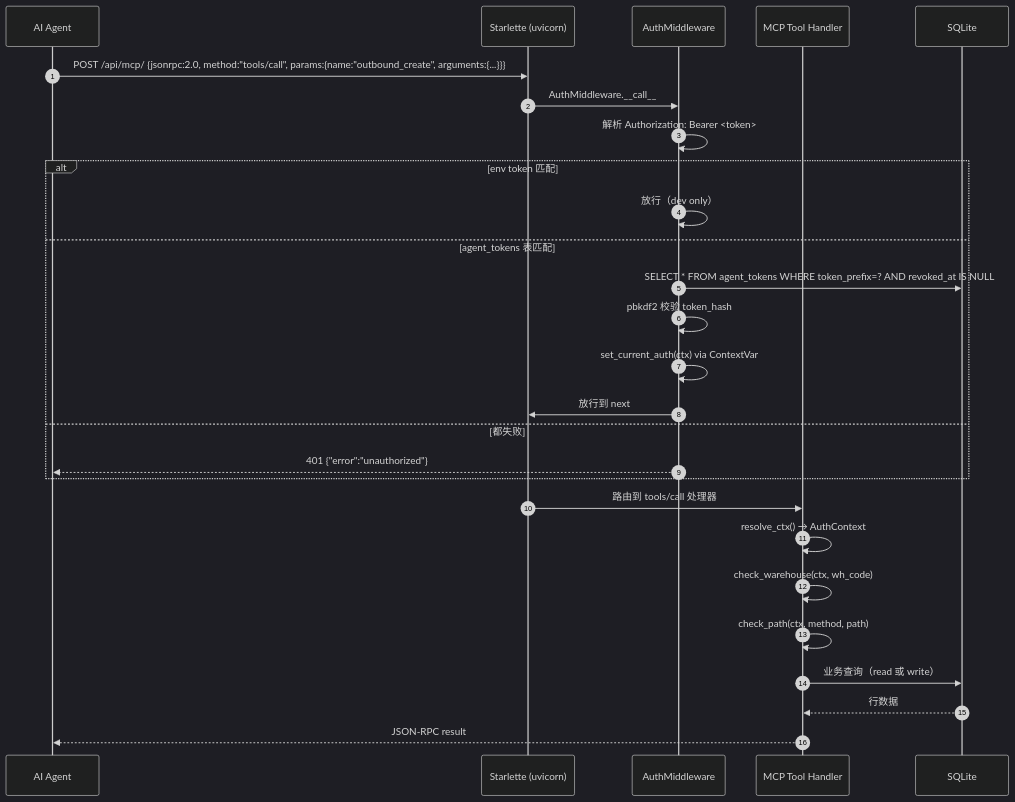
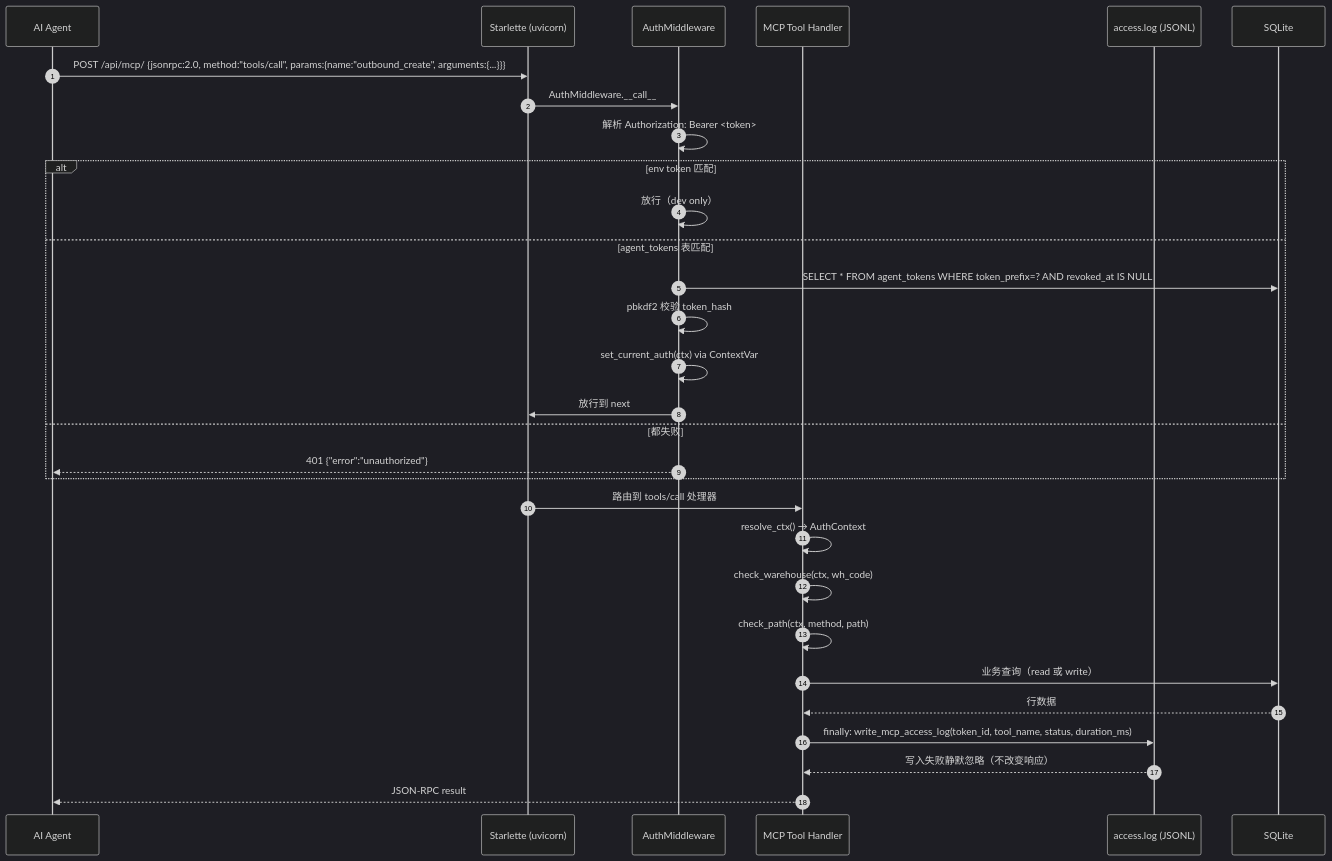
The tenth of 18 diagrams in docs/ARCHITECTURE.md (DUIDUI-Studio/DailyCheck), drawn with Mermaid (dark theme) before and after one commit. The commit also changed other lines of this file and 5 other files, not shown here.

First line of the commit message:
feat(mcp): wire call_tool access log with real business status

````diff
--- a/docs/ARCHITECTURE.md
+++ b/docs/ARCHITECTURE.md
@@ -1442,30 +1442,33 @@
 ```mermaid
 sequenceDiagram
     autonumber
     participant A as AI Agent
     participant ASGI as Starlette (uvicorn)
     participant MW as AuthMiddleware
     participant T as MCP Tool Handler
+    participant L as access.log (JSONL)
     participant DB as SQLite
 
     A->>ASGI: POST /api/mcp/ {jsonrpc:2.0, method:"tools/call", params:{name:"outbound_create", arguments:{...}}}
     ASGI->>MW: AuthMiddleware.__call__
     MW->>MW: 解析 Authorization: Bearer <token>
     alt env token 匹配
         MW->>MW: 放行（dev only）
     else agent_tokens 表匹配
         MW->>DB: SELECT * FROM agent_tokens WHERE token_prefix=? AND revoked_at IS NULL
         MW->>MW: pbkdf2 校验 token_hash
         MW->>MW: set_current_auth(ctx) via ContextVar
         MW->>ASGI: 放行到 next
     else 都失败
         MW-->>A: 401 {"error":"unauthorized"}
     end
     ASGI->>T: 路由到 tools/call 处理器
     T->>T: resolve_ctx() → AuthContext
     T->>T: check_warehouse(ctx, wh_code)
     T->>T: check_path(ctx, method, path)
     T->>DB: 业务查询（read 或 write）
     DB-->>T: 行数据
+    T->>L: finally: write_mcp_access_log(token_id, tool_name, status, duration_ms)
+    L-->>T: 写入失败静默忽略（不改变响应）
     T-->>A: JSON-RPC result
 ```
````
